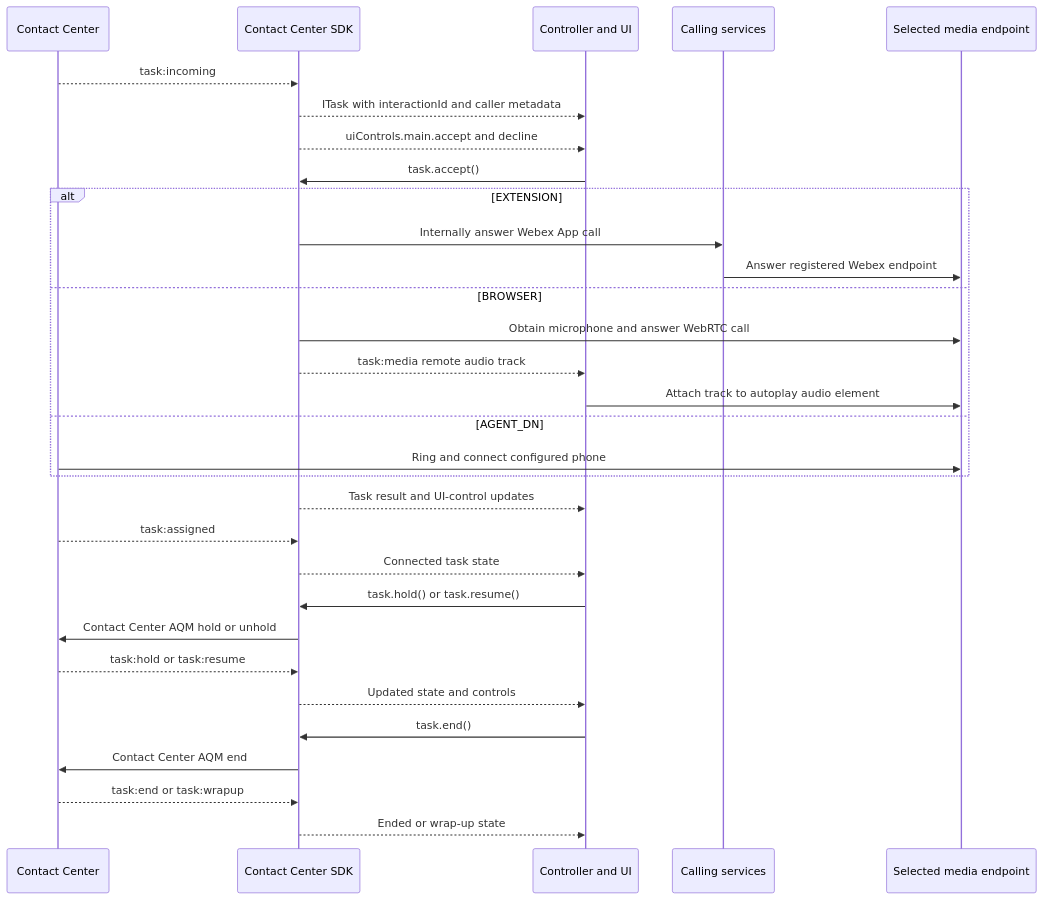
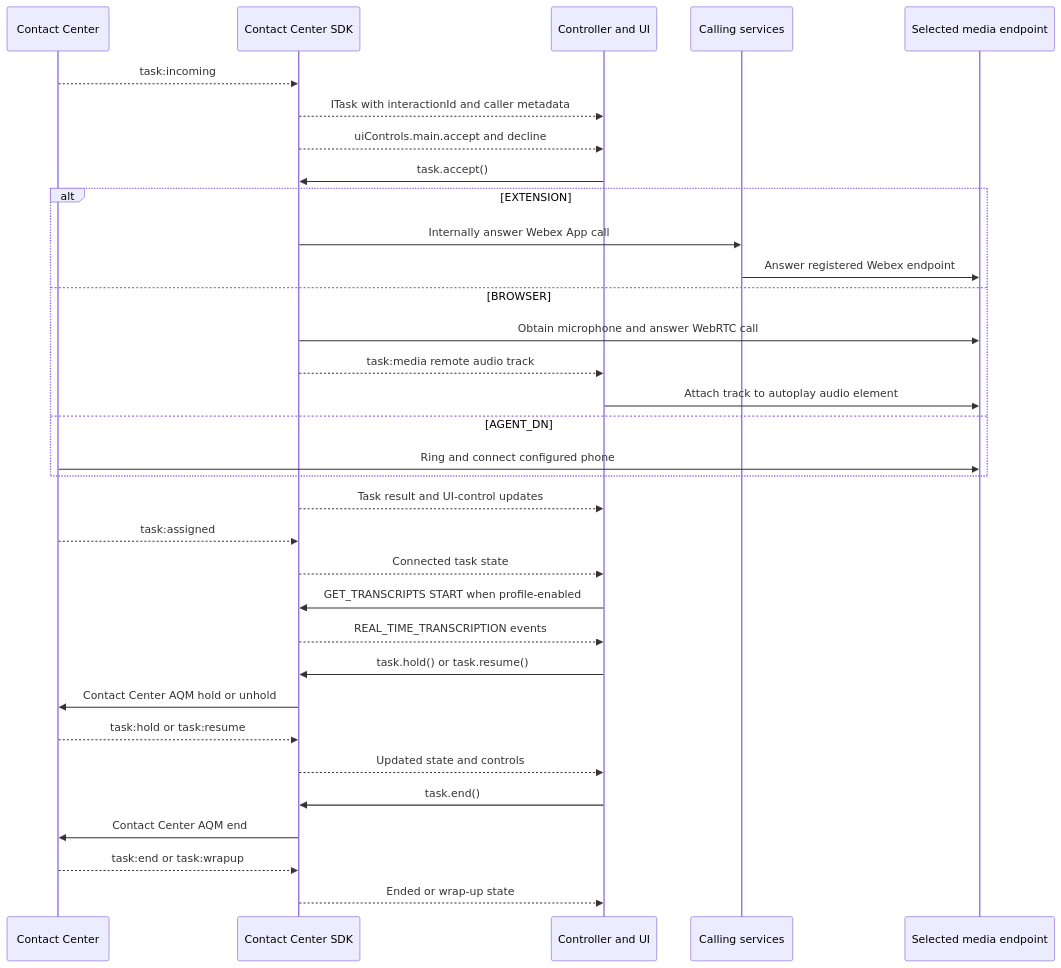
One commit to aashishberry/webexcc_sdk_app changed the fifth of 9 diagrams in ARCHITECTURE.md. Above: the diagram before and after it, drawn with Mermaid. The commit also changed other lines of this file and 8 other files, not shown here.

````diff
--- a/ARCHITECTURE.md
+++ b/ARCHITECTURE.md
@@ -188,34 +188,36 @@
 ```mermaid
 sequenceDiagram
     participant W as Contact Center
     participant SDK as Contact Center SDK
     participant UI as Controller and UI
     participant C as Calling services
     participant M as Selected media endpoint
 
     W-->>SDK: task:incoming
     SDK-->>UI: ITask with interactionId and caller metadata
     SDK-->>UI: uiControls.main.accept and decline
     UI->>SDK: task.accept()
     alt EXTENSION
         SDK->>C: Internally answer Webex App call
         C->>M: Answer registered Webex endpoint
     else BROWSER
         SDK->>M: Obtain microphone and answer WebRTC call
         SDK-->>UI: task:media remote audio track
         UI->>M: Attach track to autoplay audio element
     else AGENT_DN
         W->>M: Ring and connect configured phone
     end
     SDK-->>UI: Task result and UI-control updates
     W-->>SDK: task:assigned
     SDK-->>UI: Connected task state
+    UI->>SDK: GET_TRANSCRIPTS START when profile-enabled
+    SDK-->>UI: REAL_TIME_TRANSCRIPTION events
     UI->>SDK: task.hold() or task.resume()
     SDK->>W: Contact Center AQM hold or unhold
     W-->>SDK: task:hold or task:resume
     SDK-->>UI: Updated state and controls
     UI->>SDK: task.end()
     SDK->>W: Contact Center AQM end
     W-->>SDK: task:end or task:wrapup
     SDK-->>UI: Ended or wrap-up state
 ```
````
